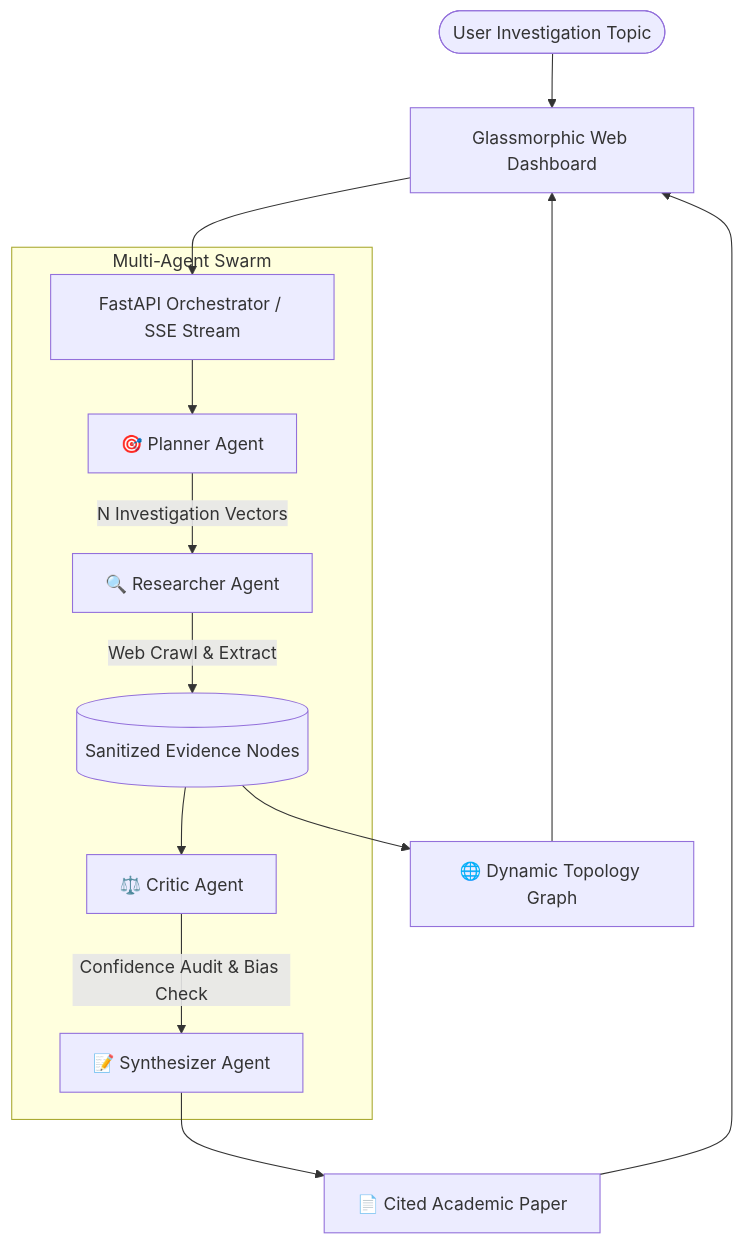
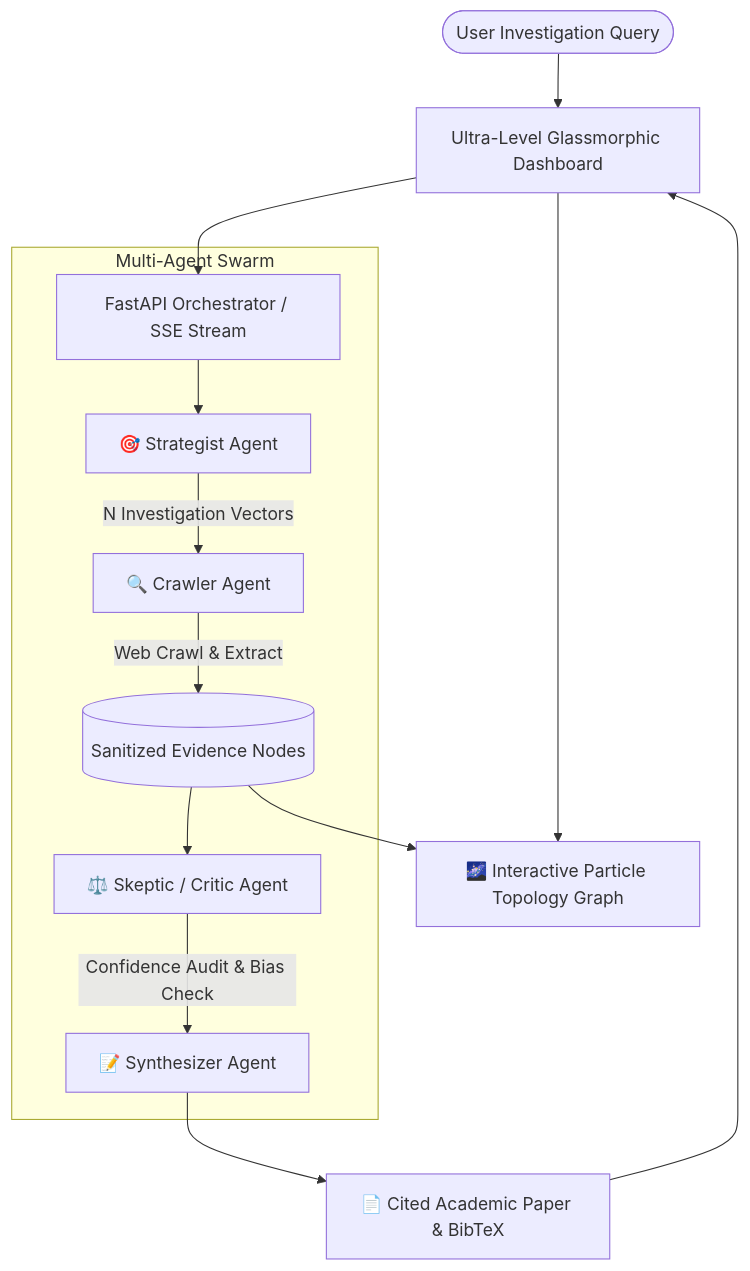
Before and after one commit to soumyadeepmagnusx/deep-research-engine: the diagram in README.md, drawn with Mermaid. The commit also changed other lines of this file and 4 other files, not shown here.

Commit message:
feat: ultra-level interactive particle canvas, WebAudio synth, speech readout, and BibTeX export

````diff
--- a/README.md
+++ b/README.md
@@ -32,18 +37,18 @@
 ```mermaid
 flowchart TD
-    User([User Investigation Topic]) --> WebUI[Glassmorphic Web Dashboard]
+    User([User Investigation Query]) --> WebUI[Ultra-Level Glassmorphic Dashboard]
+    WebUI --> Canvas[🌌 Interactive Particle Topology Graph]
     WebUI --> API[FastAPI Orchestrator / SSE Stream]
     
     subgraph Multi-Agent Swarm
-        API --> Planner[🎯 Planner Agent]
-        Planner -->|N Investigation Vectors| Researcher[🔍 Researcher Agent]
+        API --> Planner[🎯 Strategist Agent]
+        Planner -->|N Investigation Vectors| Researcher[🔍 Crawler Agent]
         Researcher -->|Web Crawl & Extract| Evidence[(Sanitized Evidence Nodes)]
-        Evidence --> Critic[⚖️ Critic Agent]
+        Evidence --> Critic[⚖️ Skeptic / Critic Agent]
         Critic -->|Confidence Audit & Bias Check| Synthesizer[📝 Synthesizer Agent]
     end
     
-    Synthesizer --> Report[📄 Cited Academic Paper]
+    Synthesizer --> Report[📄 Cited Academic Paper & BibTeX]
     Report --> WebUI
-    Evidence --> Graph[🌐 Dynamic Topology Graph]
-    Graph --> WebUI
+    Evidence --> Canvas
 ```
````
